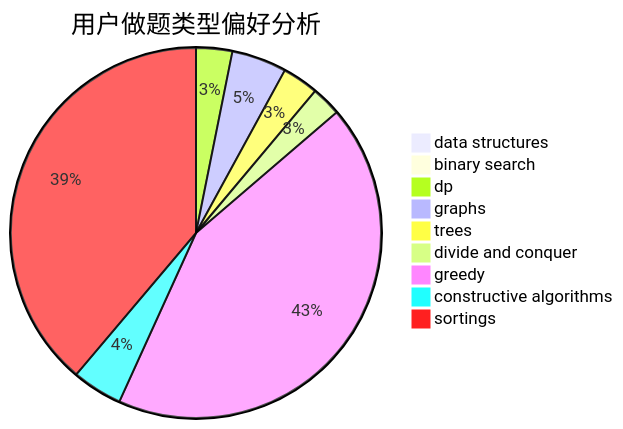
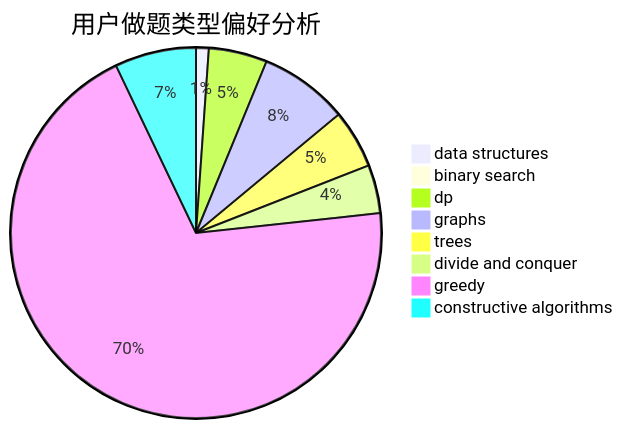
One commit to sherpahu/cfrs.github.io changed the second of 3 diagrams in docs/user/u2072.md. Above: the diagram before and after it, drawn with Mermaid. The commit also changed other lines of this file and 2769 other files, not shown here.

````diff
--- a/docs/user/u2072.md
+++ b/docs/user/u2072.md
@@ -18,12 +18,11 @@
 ```mermaid
 pie title 用户做题类型偏好分析
     "data structures" :  5
     "binary search" :  0
     "dp" :  23
     "graphs" :  35
     "trees" :  23
     "divide and conquer" :  19
     "greedy" :  314
     "constructive algorithms" :  32
-    "sortings" :  283
 ```
````
